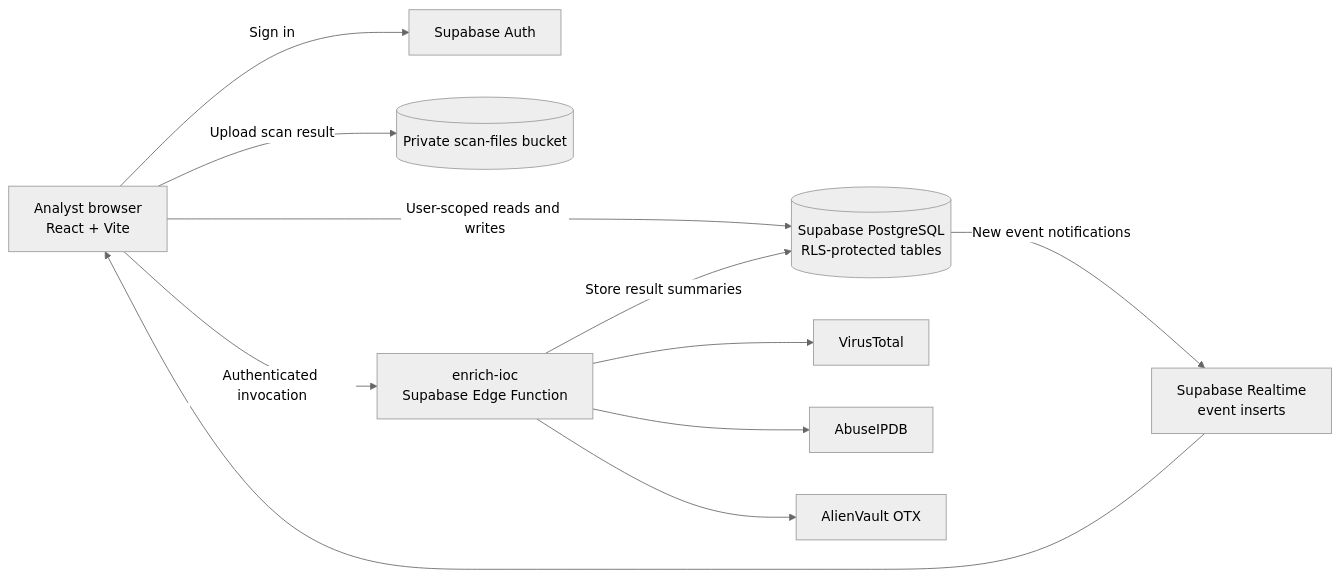
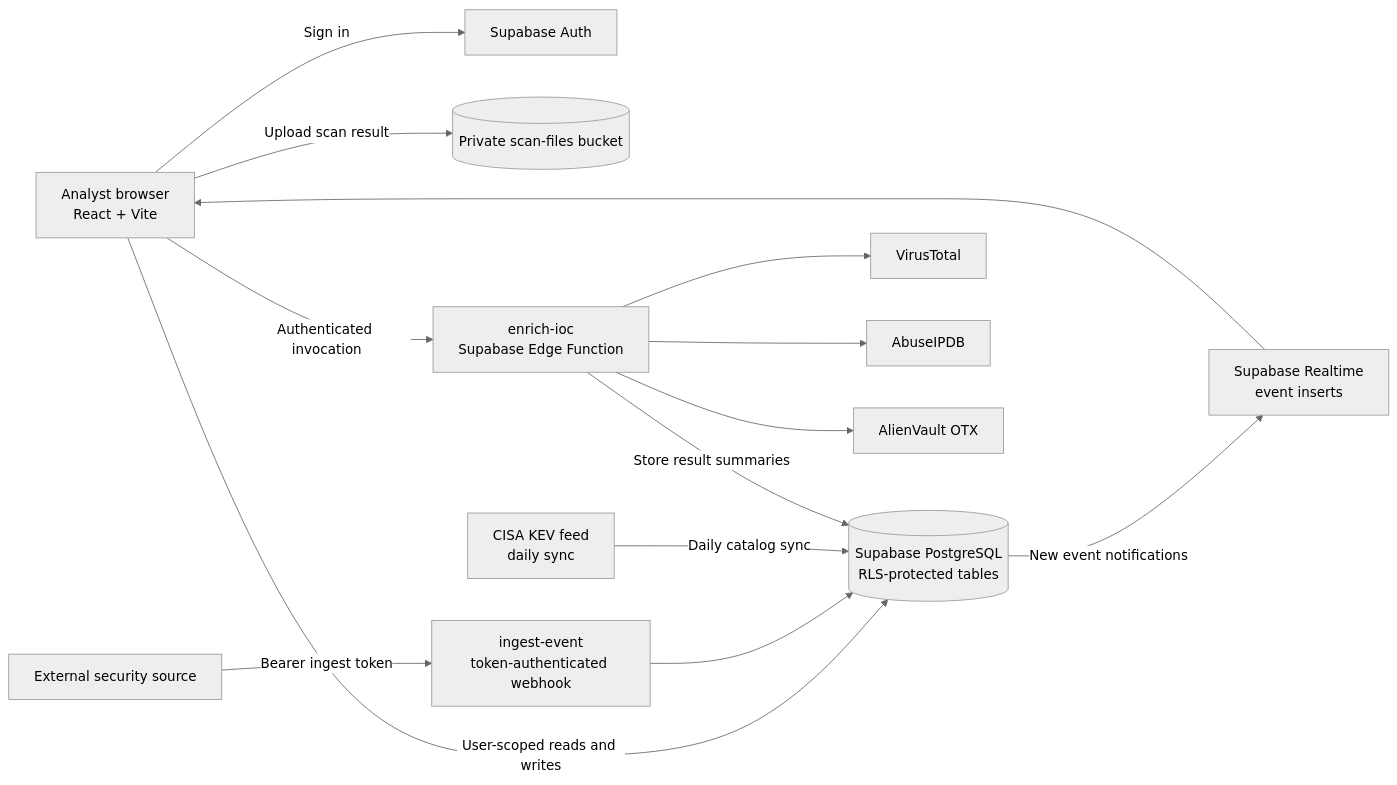
One commit to nonbothack/SentinelBoard changed the diagram in README.md. Above: the diagram before and after it, drawn with Mermaid (neutral theme). The commit also changed other lines of this file and 34 other files, not shown here.

````diff
--- a/README.md
+++ b/README.md
@@ -47,23 +50,29 @@
 ```mermaid
 flowchart LR
   Analyst["Analyst browser<br/>React + Vite"]
   Auth[Supabase Auth]
   DB[("Supabase PostgreSQL<br/>RLS-protected tables")]
   Realtime["Supabase Realtime<br/>event inserts"]
   Storage[(Private scan-files bucket)]
   Edge["enrich-ioc<br/>Supabase Edge Function"]
+  Ingest["ingest-event<br/>token-authenticated webhook"]
+  CISA["CISA KEV feed<br/>daily sync"]
+  SIEM["External security source"]
   VT[VirusTotal]
   Abuse[AbuseIPDB]
   OTX[AlienVault OTX]
 
   Analyst -->|Sign in| Auth
   Analyst -->|User-scoped reads and writes| DB
   DB -->|New event notifications| Realtime
   Realtime --> Analyst
   Analyst -->|Upload scan result| Storage
   Analyst -->|Authenticated invocation| Edge
+  SIEM -->|Bearer ingest token| Ingest
+  Ingest --> DB
+  CISA -->|Daily catalog sync| DB
   Edge --> VT
   Edge --> Abuse
   Edge --> OTX
   Edge -->|Store result summaries| DB
 ```
````
